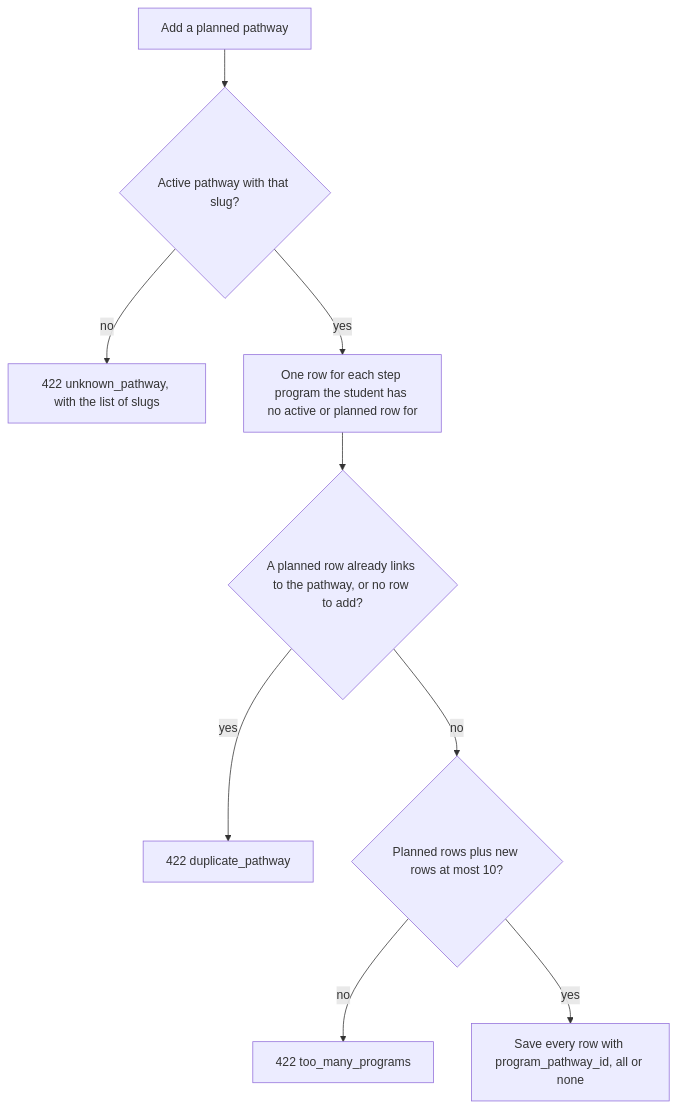
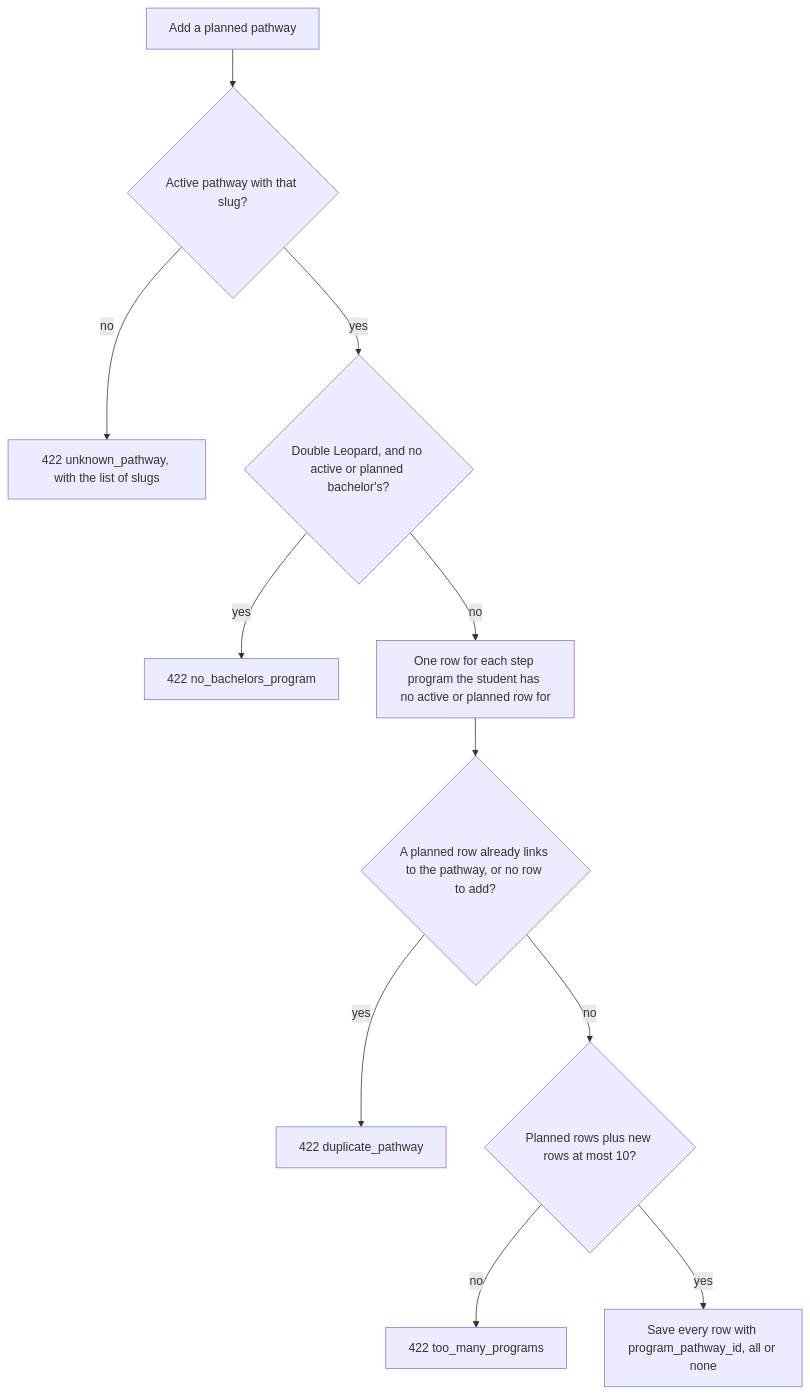
Before and after one commit to WITCodingClub/calendar-backend: the third of 5 diagrams in docs/academic-profile.md, drawn with Mermaid. The commit also changed other lines of this file and 26 other files, not shown here.

````diff
--- a/docs/academic-profile.md
+++ b/docs/academic-profile.md
@@ -91,11 +91,13 @@
 ```mermaid
 flowchart TD
   A[Add a planned pathway] --> K{Active pathway with that slug?}
   K -- no --> E1[422 unknown_pathway, with the list of slugs]
-  K -- yes --> P[One row for each step program the student has no active or planned row for]
+  K -- yes --> B{Double Leopard, and no active or planned bachelor's?}
+  B -- yes --> E4[422 no_bachelors_program]
+  B -- no --> P[One row for each step program the student has no active or planned row for]
   P --> D{A planned row already links to the pathway, or no row to add?}
   D -- yes --> E2[422 duplicate_pathway]
   D -- no --> L{Planned rows plus new rows at most 10?}
   L -- no --> E3[422 too_many_programs]
   L -- yes --> S[Save every row with program_pathway_id, all or none]
 ```
````
